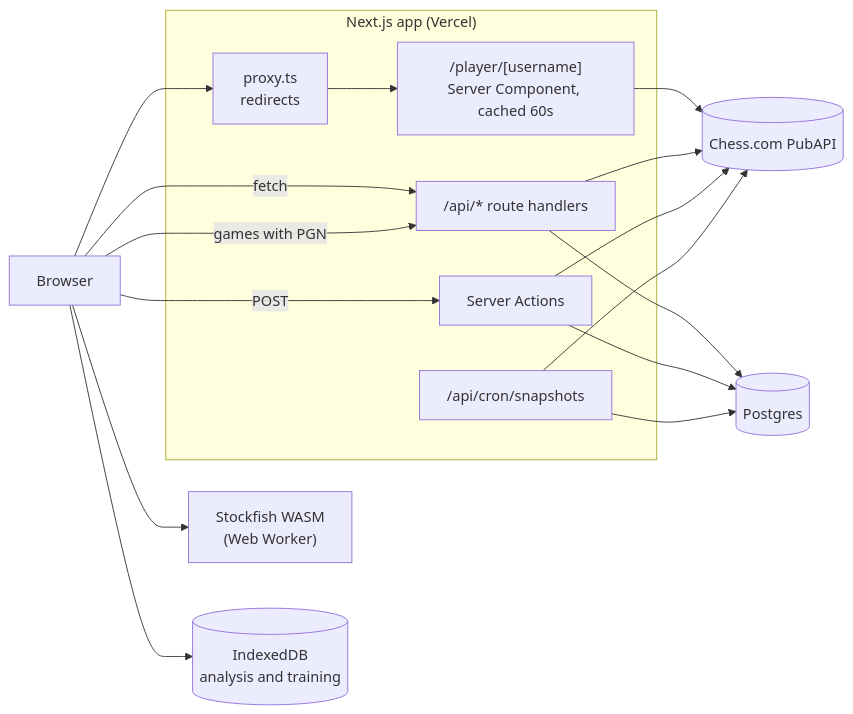
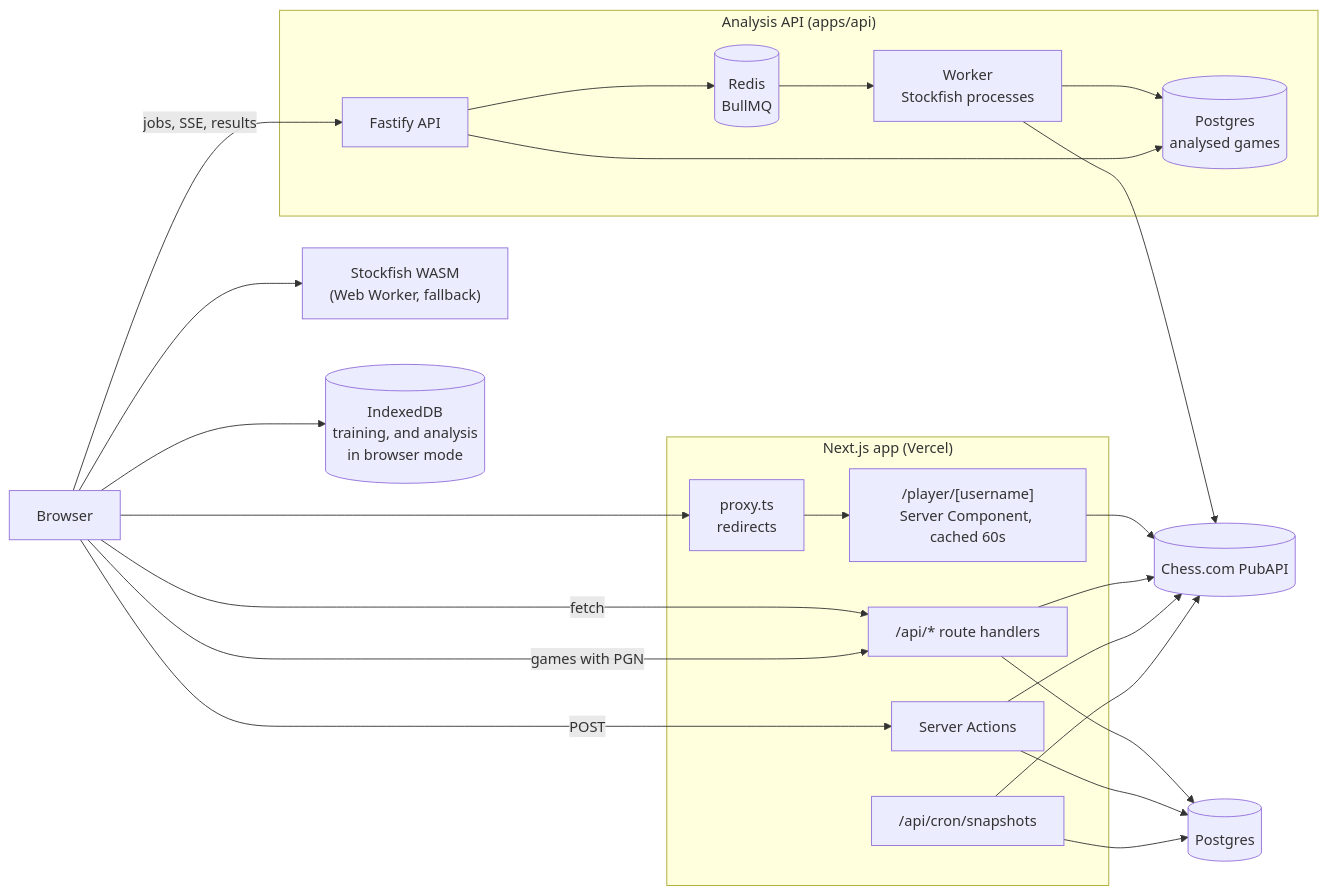
Before and after one commit to Codexter-Laboratory/Daily-Gambit: the diagram in ARCHITECTURE.md, drawn with Mermaid. The commit also changed other lines of this file and 20 other files, not shown here.

First line of the commit message:
Web uses the analysis API; deployment files, CI with services, docs

````diff
--- a/ARCHITECTURE.md
+++ b/ARCHITECTURE.md
@@ -7,28 +16,39 @@
 ```mermaid
 flowchart LR
   B[Browser]
   subgraph Next["Next.js app (Vercel)"]
     P["proxy.ts<br/>redirects"]
     PG["/player/[username]<br/>Server Component, cached 60s"]
     API["/api/* route handlers"]
     SA["Server Actions"]
     CR["/api/cron/snapshots"]
   end
   CC[(Chess.com PubAPI)]
   DB[(Postgres)]
-  SF["Stockfish WASM<br/>(Web Worker)"]
-  IDB[("IndexedDB<br/>analysis and training")]
+  SF["Stockfish WASM<br/>(Web Worker, fallback)"]
+  IDB[("IndexedDB<br/>training, and analysis<br/>in browser mode")]
+  subgraph ApiSvc["Analysis API (apps/api)"]
+    AP["Fastify API"]
+    RD[("Redis<br/>BullMQ")]
+    WK["Worker<br/>Stockfish processes"]
+    PD[("Postgres<br/>analysed games")]
+  end
   B --> P --> PG
   B -- "fetch" --> API
   B -- "POST" --> SA
   PG --> CC
   API --> CC
   API --> DB
   SA --> DB
   SA --> CC
   CR --> DB
   CR --> CC
   B -- "games with PGN" --> API
   B --> SF
   B --> IDB
+  B -- "jobs, SSE, results" --> AP
+  AP --> RD --> WK
+  WK --> CC
+  WK --> PD
+  AP --> PD
 ```
````
